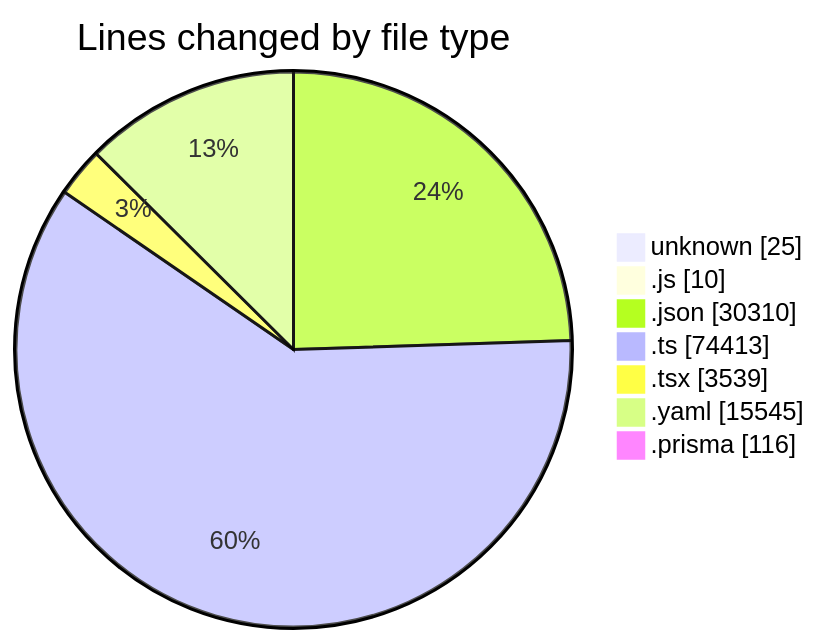
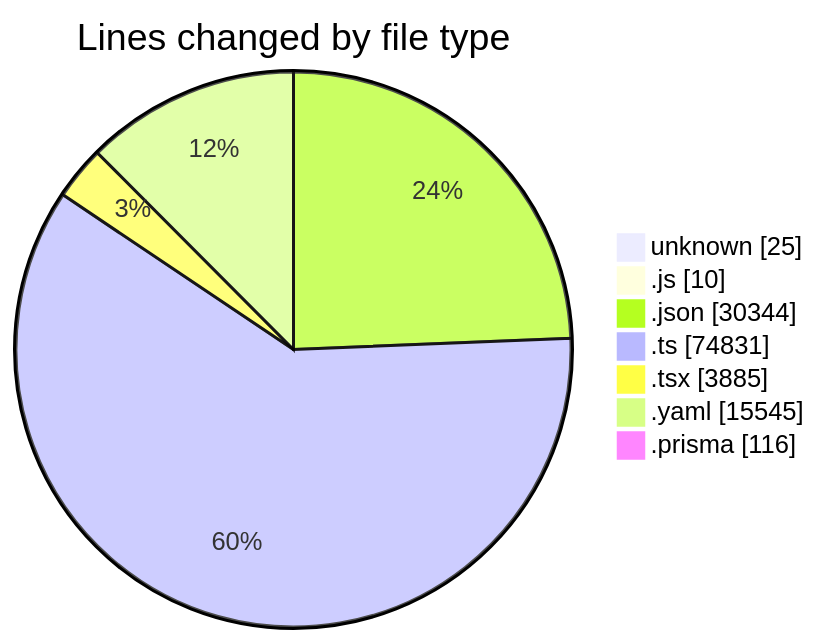
One commit to CELIANVF/code-tracking changed the first of 2 diagrams in 2025-05-02/ecodeli/README.md. Above: the diagram before and after it, drawn with Mermaid. The commit also changed other lines of this file and 1 other file, not shown here.

````diff
--- a/2025-05-02/ecodeli/README.md
+++ b/2025-05-02/ecodeli/README.md
@@ -66,11 +68,11 @@
 ```mermaid
 pie showData
 title Lines changed by file type
 "unknown" : 25
 ".js" : 10
-".json" : 30310
-".ts" : 74413
-".tsx" : 3539
+".json" : 30344
+".ts" : 74831
+".tsx" : 3885
 ".yaml" : 15545
 ".prisma" : 116
 ```
````
